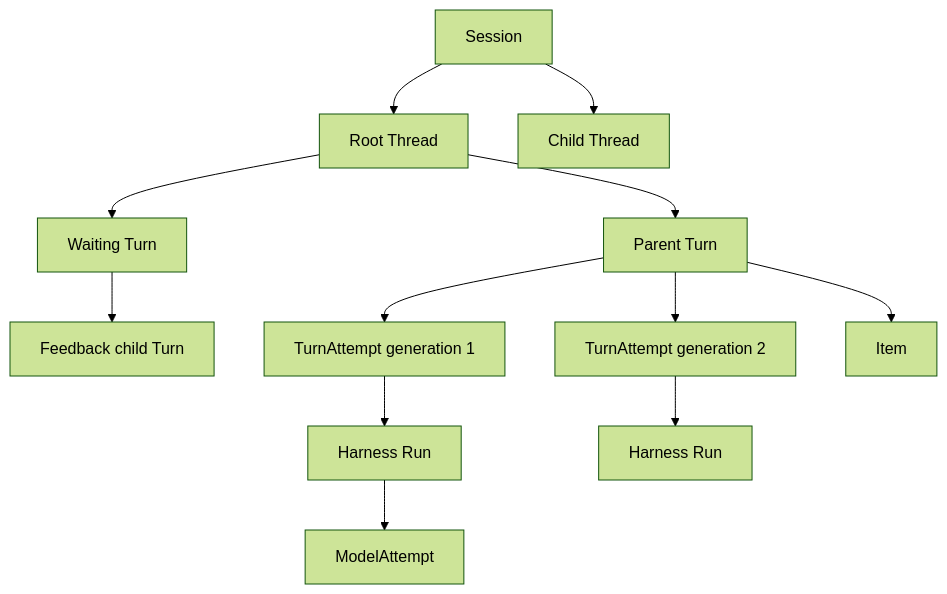
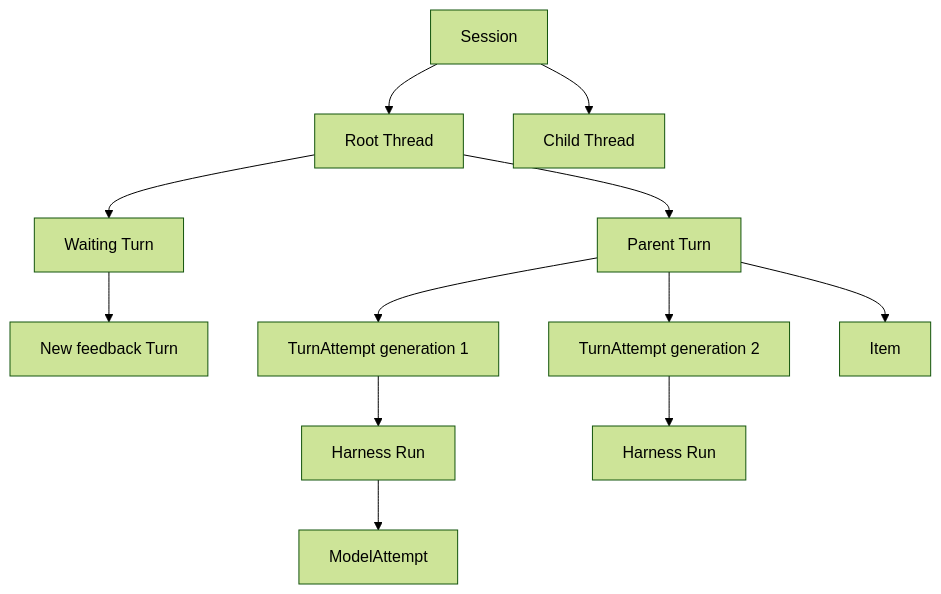
Before and after one commit to converge-ai-labs/agent-foundation: the first of 2 diagrams in spec/foundation-service/13-interactions-turns-and-attempts.md, drawn with Mermaid (forest theme). The commit also changed other lines of this file and 16 other files, not shown here.

````diff
--- a/spec/foundation-service/13-interactions-turns-and-attempts.md
+++ b/spec/foundation-service/13-interactions-turns-and-attempts.md
@@ -13,21 +13,21 @@
 ```mermaid
 flowchart TB
     Session[Session]
     RootThread[Root Thread]
     ChildThread[Child Thread]
     ParentTurn[Parent Turn]
     WaitingTurn[Waiting Turn]
-    FeedbackTurn[Feedback child Turn]
+    FeedbackTurn[New feedback Turn]
     Attempt1[TurnAttempt generation 1]
     Attempt2[TurnAttempt generation 2]
     Run1[Harness Run]
     Run2[Harness Run]
     Model[ModelAttempt]
     Item[Item]
 
     Session --> RootThread --> ParentTurn --> Attempt1 --> Run1 --> Model
     ParentTurn --> Attempt2 --> Run2
     ParentTurn --> Item
     RootThread --> WaitingTurn --> FeedbackTurn
     Session --> ChildThread
 ```
````
